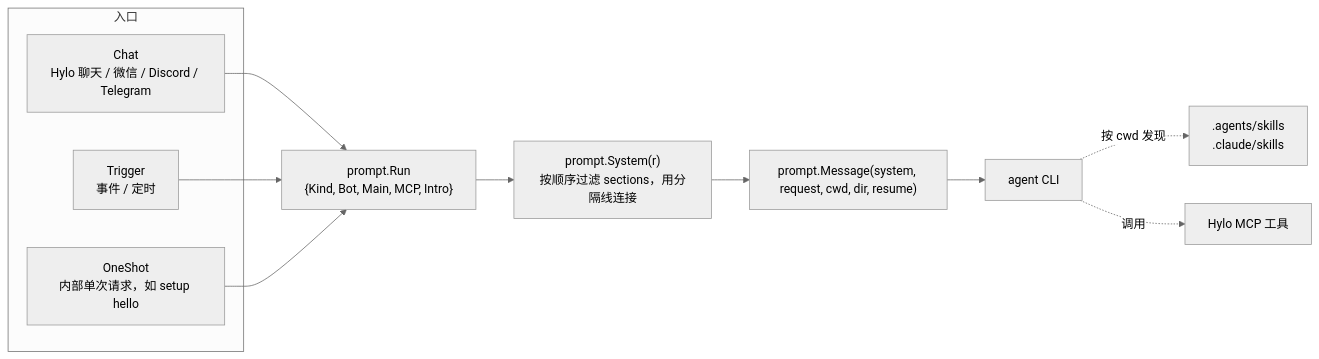
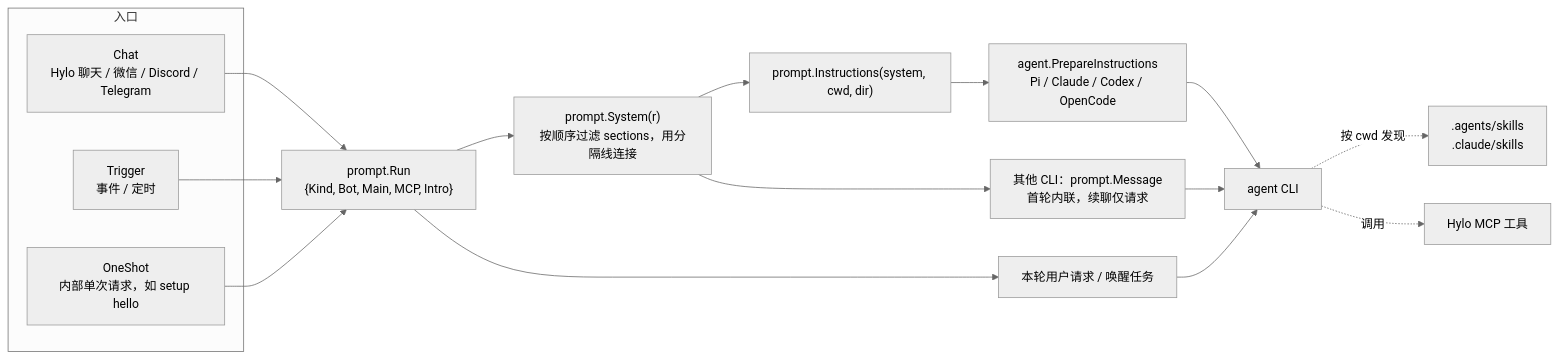
Before and after one commit to skoowoo/hylo: the first of 6 diagrams in docs/prompt-skills-architecture.md, drawn with Mermaid (neutral theme). The commit also changed other lines of this file and 13 other files, not shown here.

Commit message:
Refine agent chat traces and instructions

````diff
--- a/docs/prompt-skills-architecture.md
+++ b/docs/prompt-skills-architecture.md
@@ -17,14 +17,19 @@
 ```mermaid
 flowchart LR
     subgraph 入口
         C[Chat<br/>Hylo 聊天 / 微信 / Discord / Telegram]
         T[Trigger<br/>事件 / 定时]
         O[OneShot<br/>内部单次请求，如 setup hello]
     end
     C & T & O --> R["prompt.Run<br/>{Kind, Bot, Main, MCP, Intro}"]
     R --> S["prompt.System(r)<br/>按顺序过滤 sections，用分隔线连接"]
-    S --> M["prompt.Message(system, request, cwd, dir, resume)"]
-    M --> A[agent CLI]
+    S --> N["prompt.Instructions(system, cwd, dir)"]
+    N --> I["agent.PrepareInstructions<br/>Pi / Claude / Codex / OpenCode"]
+    I --> A[agent CLI]
+    R --> U[本轮用户请求 / 唤醒任务]
+    U --> A
+    S --> M["其他 CLI：prompt.Message<br/>首轮内联，续聊仅请求"]
+    M --> A
     A -. 按 cwd 发现 .-> SK[".agents/skills<br/>.claude/skills"]
     A -. 调用 .-> MCP[Hylo MCP 工具]
 ```
````
